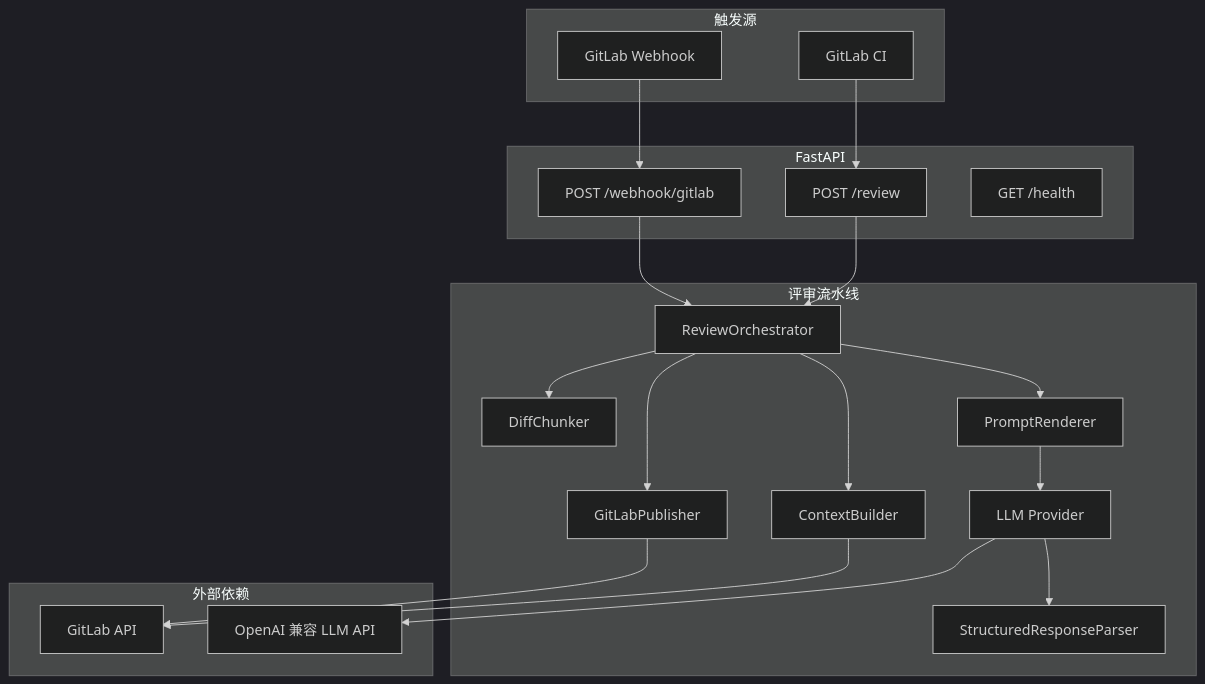
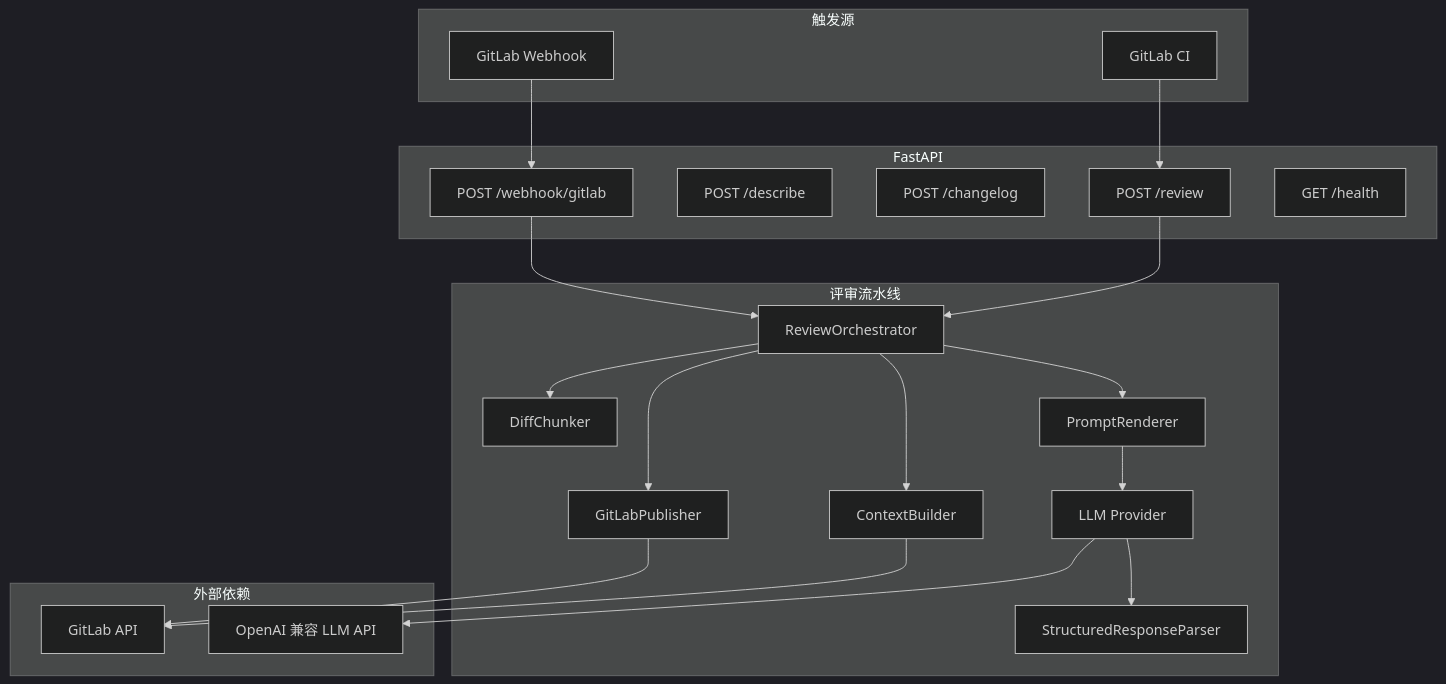
One commit to david999/ai_native changed the diagram in docs/ARCHITECTURE.md. Above: the diagram before and after it, drawn with Mermaid (dark theme). The commit also changed other lines of this file and 25 other files, not shown here.

First line of the commit message:
feat(aicr): 阶段 C — describe/CHANGELOG、评论对话、config.toml

````diff
--- a/docs/ARCHITECTURE.md
+++ b/docs/ARCHITECTURE.md
@@ -9,38 +9,40 @@
 ```mermaid
 flowchart TB
     subgraph triggers [触发源]
         CI[GitLab CI]
         WH[GitLab Webhook]
     end
 
     subgraph api [FastAPI]
         R["POST /review"]
+        D["POST /describe"]
+        C["POST /changelog"]
         W["POST /webhook/gitlab"]
         H["GET /health"]
     end
 
     subgraph pipeline [评审流水线]
         CB[ContextBuilder]
         CH[DiffChunker]
         PR[PromptRenderer]
         LLM[LLM Provider]
         PA[StructuredResponseParser]
         OR[ReviewOrchestrator]
         GP[GitLabPublisher]
     end
 
     subgraph external [外部依赖]
         GL[GitLab API]
         LLM_API[OpenAI 兼容 LLM API]
     end
 
     CI --> R
     WH --> W
     R --> OR
     W --> OR
     OR --> CB --> GL
     OR --> CH
     OR --> PR --> LLM --> LLM_API
     LLM --> PA
     OR --> GP --> GL
 ```
````
